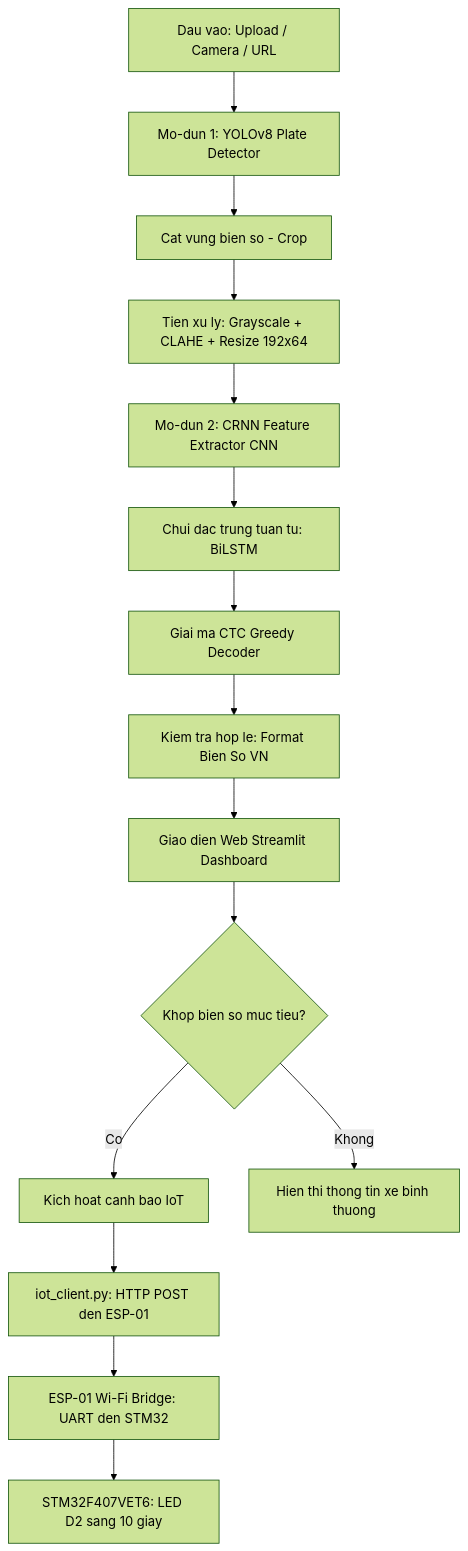
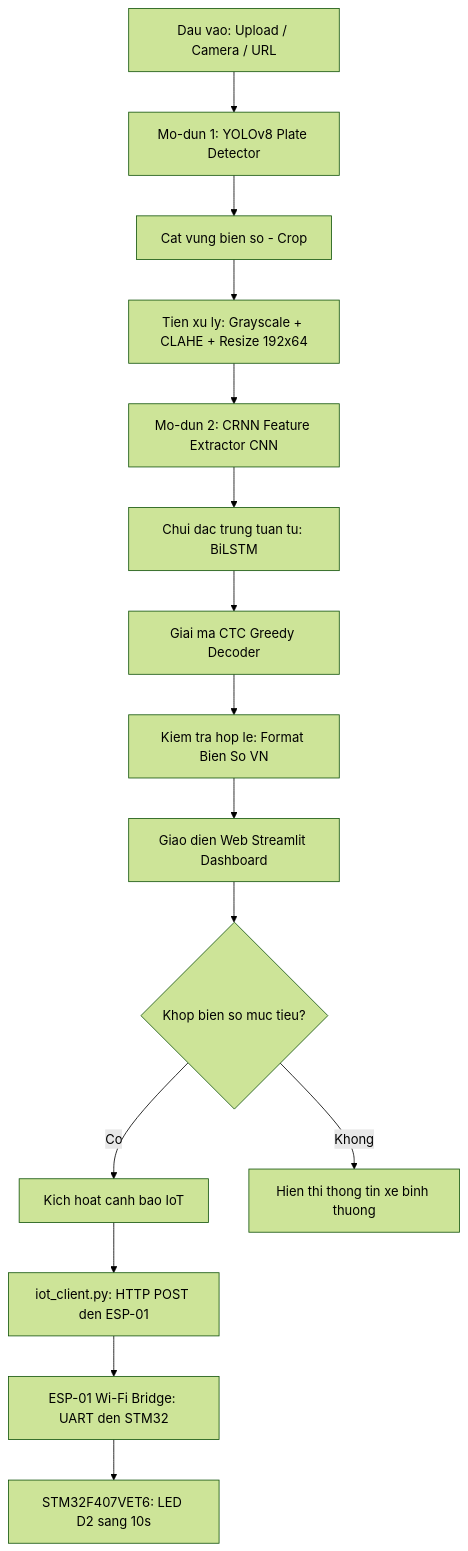
The first of 4 diagrams in README.md (thang0989052585-del/DA_KY_523100182_He_Thong_Nhan_dien_bien_so_xe), drawn with Mermaid (forest theme) before and after one commit. The commit also changed other lines of this file and 6 other files, not shown here.

Commit message:
fix(iot): cap nhat co che STM32 sang LED D2 lien tuc 10s khi nhan dien xe thay vi nhap nhay

````diff
--- a/README.md
+++ b/README.md
@@ -25,17 +25,17 @@
 ```mermaid
 graph TD
     A["Dau vao: Upload / Camera / URL"] --> B["Mo-dun 1: YOLOv8 Plate Detector"]
     B --> C["Cat vung bien so - Crop"]
     C --> D["Tien xu ly: Grayscale + CLAHE + Resize 192x64"]
     D --> E["Mo-dun 2: CRNN Feature Extractor CNN"]
     E --> F["Chui dac trung tuan tu: BiLSTM"]
     F --> G["Giai ma CTC Greedy Decoder"]
     G --> H["Kiem tra hop le: Format Bien So VN"]
     H --> I["Giao dien Web Streamlit Dashboard"]
     I --> J{"Khop bien so muc tieu?"}
     J -- "Co" --> K["Kich hoat canh bao IoT"]
     J -- "Khong" --> L["Hien thi thong tin xe binh thuong"]
     K --> M["iot_client.py: HTTP POST den ESP-01"]
     M --> N["ESP-01 Wi-Fi Bridge: UART den STM32"]
-    N --> O["STM32F407VET6: LED D2 sang 10 giay"]
+    N --> O["STM32F407VET6: LED D2 sang 10s"]
 ```
````
